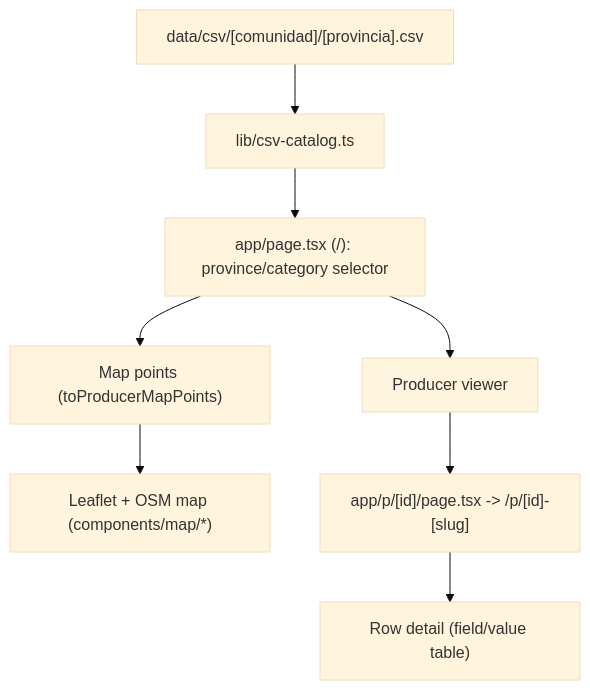
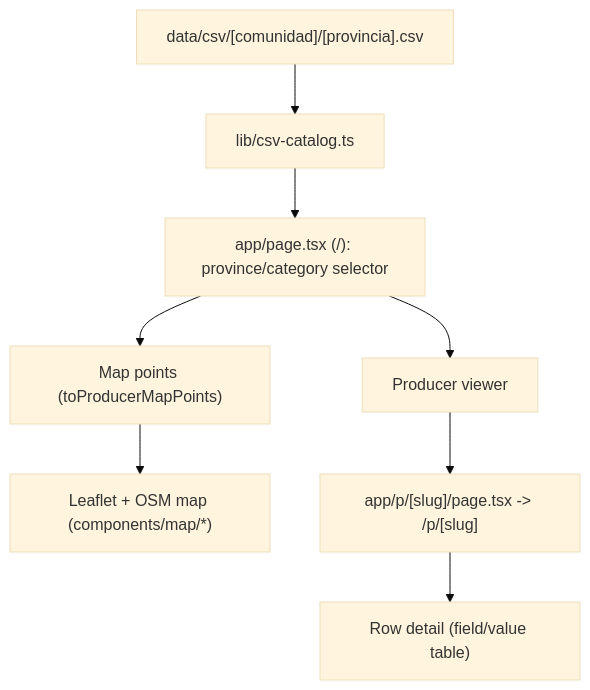
The diagram in docs/ARCHITECTURE.md (Lyzanor/chisan), drawn with Mermaid (base theme) before and after one commit. The commit also changed other lines of this file and 22 other files, not shown here.

````diff
--- a/docs/ARCHITECTURE.md
+++ b/docs/ARCHITECTURE.md
@@ -7,10 +7,10 @@
 ```mermaid
 flowchart TD
   A["data/csv/[comunidad]/[provincia].csv"] --> B["lib/csv-catalog.ts"]
   B --> C["app/page.tsx (/): province/category selector"]
   C --> D["Producer viewer"]
   C --> E["Map points (toProducerMapPoints)"]
   E --> F["Leaflet + OSM map (components/map/*)"]
-  D --> G["app/p/[id]/page.tsx -> /p/[id]-[slug]"]
+  D --> G["app/p/[slug]/page.tsx -> /p/[slug]"]
   G --> H["Row detail (field/value table)"]
 ```
````
